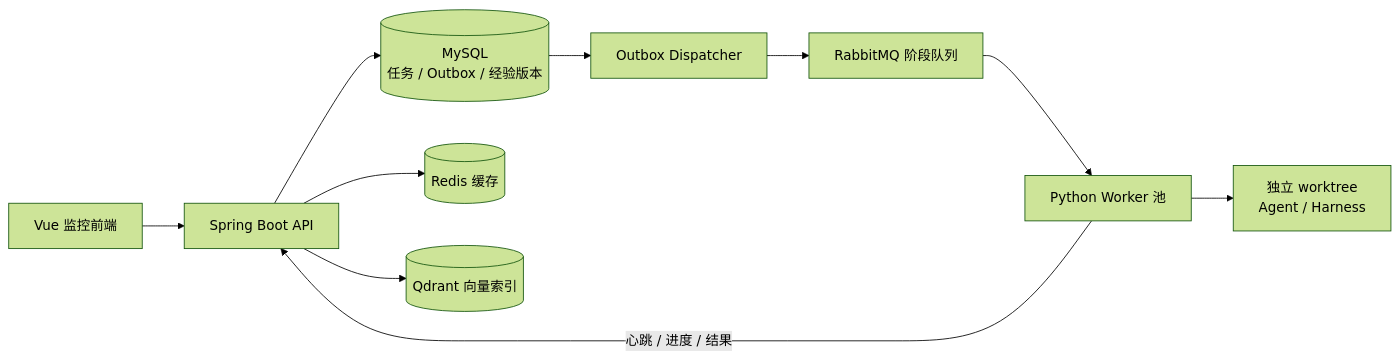
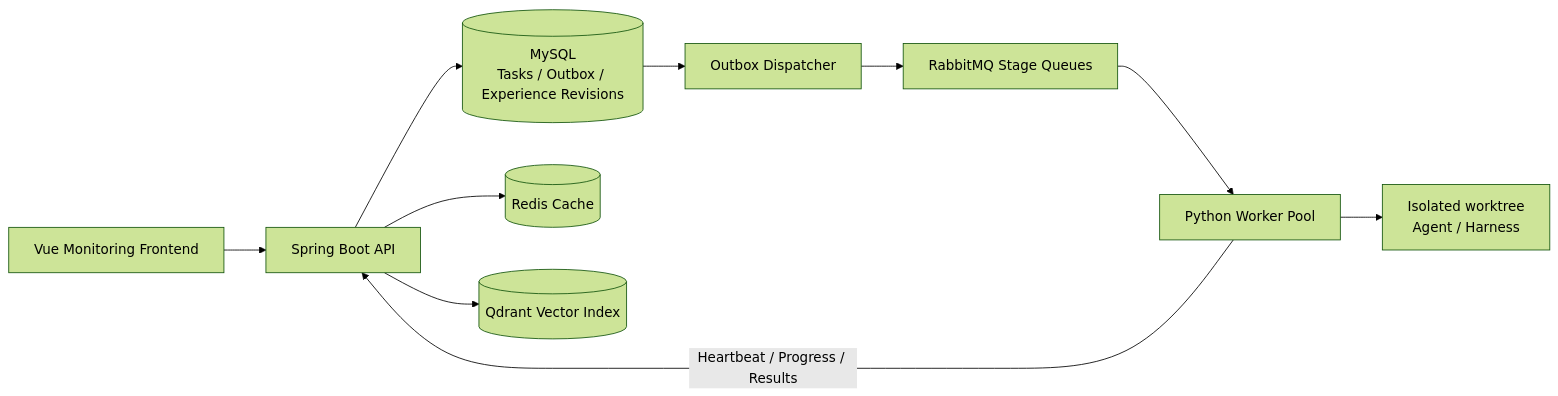
The second of 2 diagrams in README.md (Artoriazzz/RepoAgent), drawn with Mermaid (forest theme) before and after one commit. The commit also changed other lines of this file and 2 other files, not shown here.

````diff
--- a/README.md
+++ b/README.md
@@ -133,12 +131,12 @@
 ```mermaid
 flowchart LR
-    UI["Vue 监控前端"] --> API["Spring Boot API"]
-    API --> DB[("MySQL<br/>任务 / Outbox / 经验版本")]
+    UI["Vue Monitoring Frontend"] --> API["Spring Boot API"]
+    API --> DB[("MySQL<br/>Tasks / Outbox / Experience Revisions")]
     DB --> O["Outbox Dispatcher"]
-    O --> MQ["RabbitMQ 阶段队列"]
-    MQ --> W["Python Worker 池"]
-    W --> R["独立 worktree<br/>Agent / Harness"]
-    W -->|"心跳 / 进度 / 结果"| API
-    API --> Cache[("Redis 缓存")]
-    API --> Vector[("Qdrant 向量索引")]
+    O --> MQ["RabbitMQ Stage Queues"]
+    MQ --> W["Python Worker Pool"]
+    W --> R["Isolated worktree<br/>Agent / Harness"]
+    W -->|"Heartbeat / Progress / Results"| API
+    API --> Cache[("Redis Cache")]
+    API --> Vector[("Qdrant Vector Index")]
 ```
````
